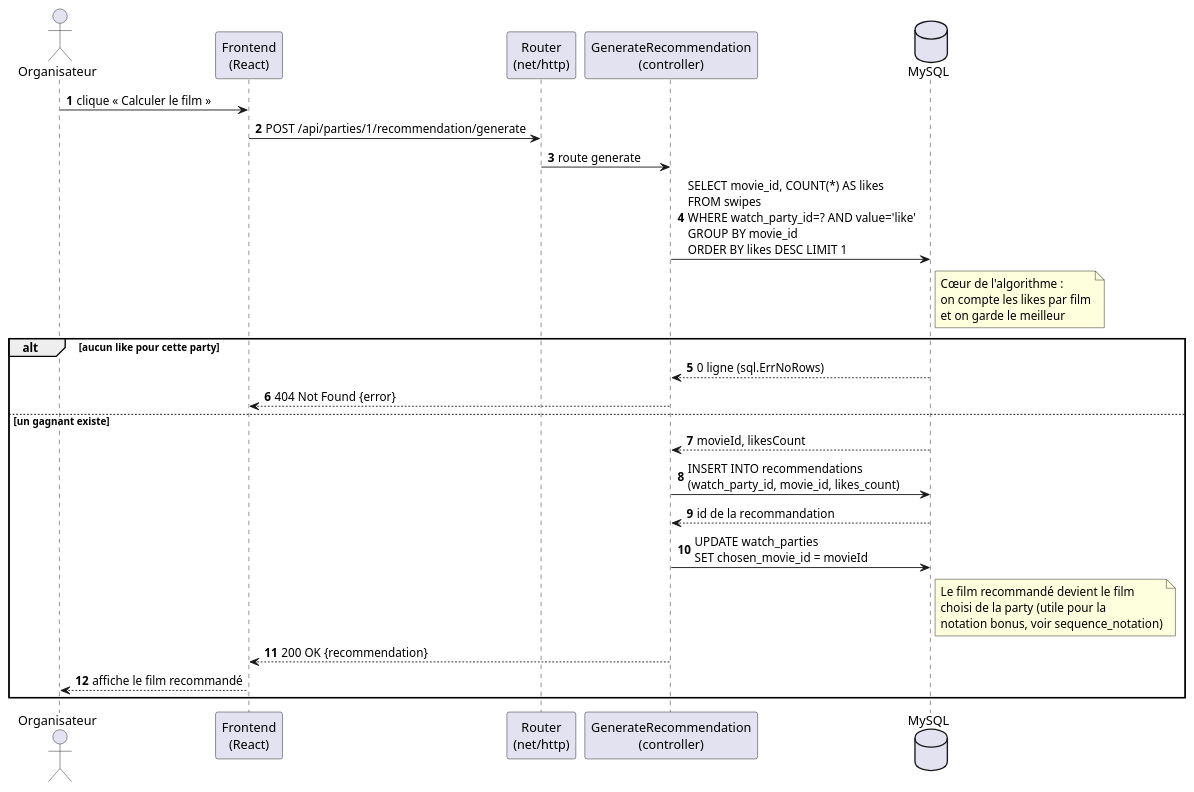
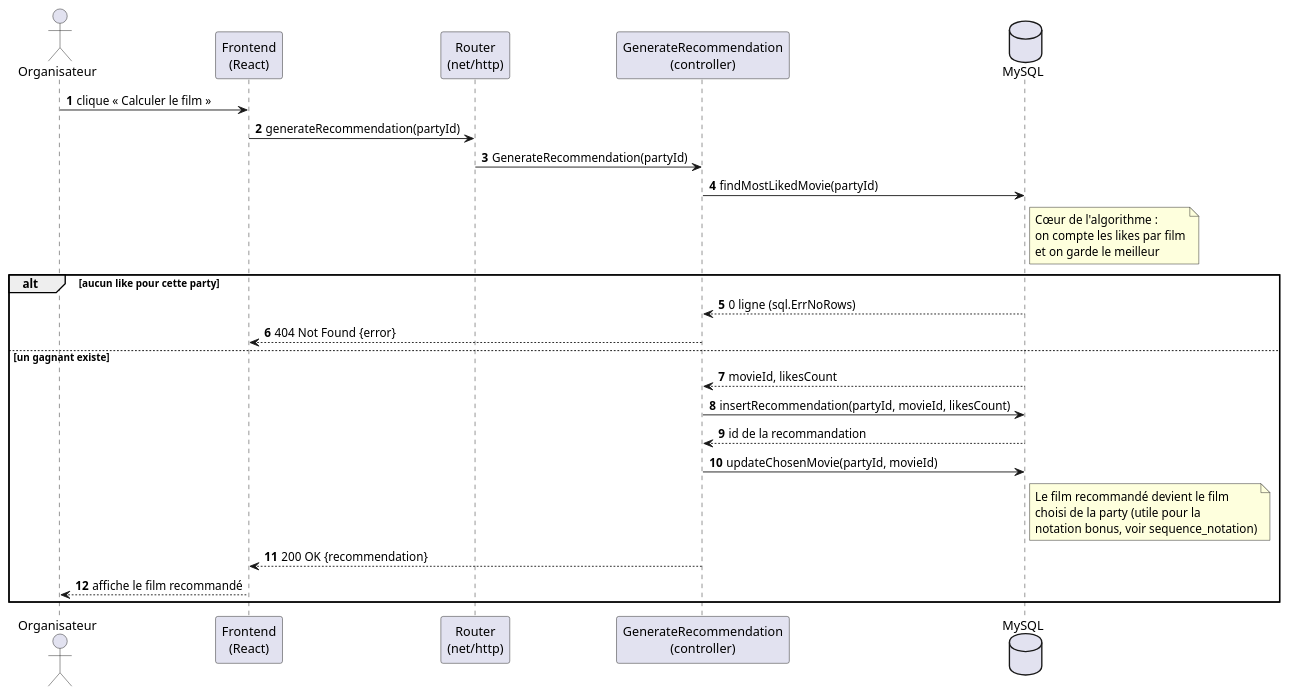
The diagram in docs/uml/sequence_recommendation.puml (fatymut/watchparty), drawn with PlantUML before and after one commit. The commit also changed 18 other files, not shown here.

First line of the commit message:
UML : diagramme de cas d'utilisation, objets swipe/invitation, sequence creation soiree, style sequences corrige

```diff
--- a/docs/uml/sequence_recommendation.puml
+++ b/docs/uml/sequence_recommendation.puml
@@ -1,42 +1,42 @@
 @startuml WatchParty - Séquence : Générer la recommandation
 ' Scénario : calcul du film le plus liké d'une watch party
 ' Endpoint : POST /api/parties/{id}/recommendation/generate
 
 skinparam shadowing false
 autonumber
 
 actor "Organisateur" as User
 participant "Frontend\n(React)" as Front
 participant "Router\n(net/http)" as Router
 participant "GenerateRecommendation\n(controller)" as Ctrl
 database "MySQL" as DB
 
 User -> Front : clique « Calculer le film »
-Front -> Router : POST /api/parties/1/recommendation/generate
-Router -> Ctrl : route generate
+Front -> Router : generateRecommendation(partyId)
+Router -> Ctrl : GenerateRecommendation(partyId)
 
-Ctrl -> DB : SELECT movie_id, COUNT(*) AS likes\nFROM swipes\nWHERE watch_party_id=? AND value='like'\nGROUP BY movie_id\nORDER BY likes DESC LIMIT 1
+Ctrl -> DB : findMostLikedMovie(partyId)
 note right of DB
   Cœur de l'algorithme :
   on compte les likes par film
   et on garde le meilleur
 end note
 
 alt aucun like pour cette party
   DB --> Ctrl : 0 ligne (sql.ErrNoRows)
   Ctrl --> Front : 404 Not Found {error}
 else un gagnant existe
   DB --> Ctrl : movieId, likesCount
-  Ctrl -> DB : INSERT INTO recommendations\n(watch_party_id, movie_id, likes_count)
+  Ctrl -> DB : insertRecommendation(partyId, movieId, likesCount)
   DB --> Ctrl : id de la recommandation
-  Ctrl -> DB : UPDATE watch_parties\nSET chosen_movie_id = movieId
+  Ctrl -> DB : updateChosenMovie(partyId, movieId)
   note right of DB
     Le film recommandé devient le film
     choisi de la party (utile pour la
     notation bonus, voir sequence_notation)
   end note
   Ctrl --> Front : 200 OK {recommendation}
   Front --> User : affiche le film recommandé
 end
 
 @enduml
```
